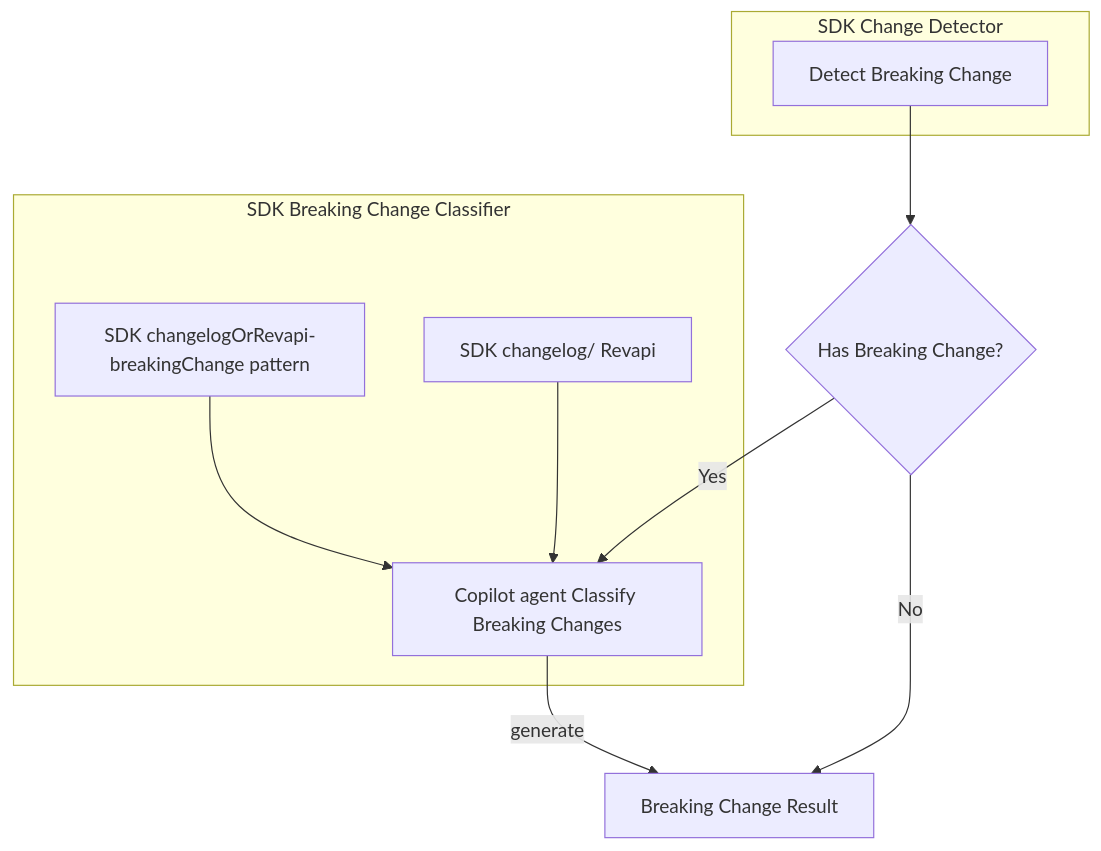
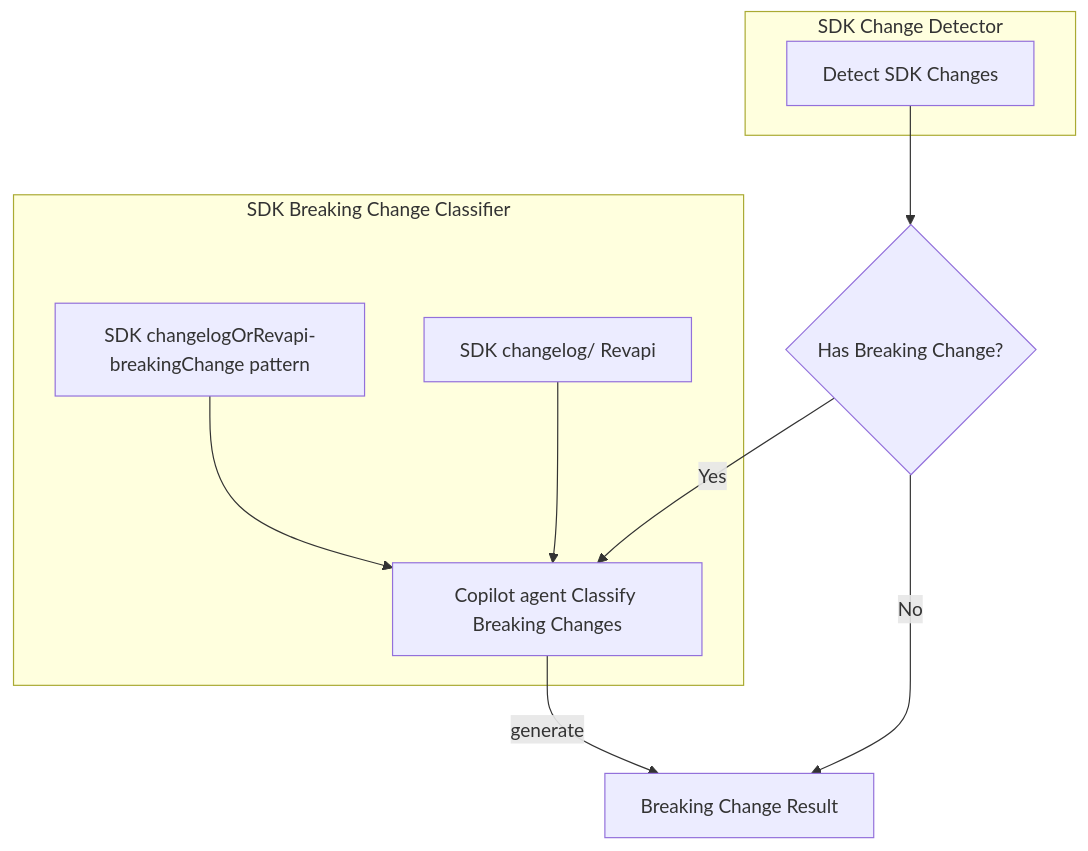
Before and after one commit to Azure/azure-sdk-tools: the first of 2 diagrams in tools/azsdk-cli/docs/specs/sdk-breaking-change-detect.spec.md, drawn with Mermaid. The commit also changed other lines of this file, not shown here.

````diff
--- a/tools/azsdk-cli/docs/specs/sdk-breaking-change-detect.spec.md
+++ b/tools/azsdk-cli/docs/specs/sdk-breaking-change-detect.spec.md
@@ -103,24 +105,24 @@
 ```mermaid
 flowchart TD
-    A[Detect Breaking Change]
+    A[Detect SDK Changes]
     B{Has Breaking Change?}
     C[Copilot agent Classify Breaking Changes]
     D[Breaking Change Result]
     E[SDK changelogOrRevapi-breakingChange pattern]
     F[SDK changelog/ Revapi]
     subgraph SDK Change Detector
         A
     end
     subgraph SDK Breaking Change Classifier
         E
         F
         C
     end
 
     A --> B
     B -- Yes --> C
     C --> |generate| D
     B -- No --> D
     E --> C
     F --> C
 ```
````
